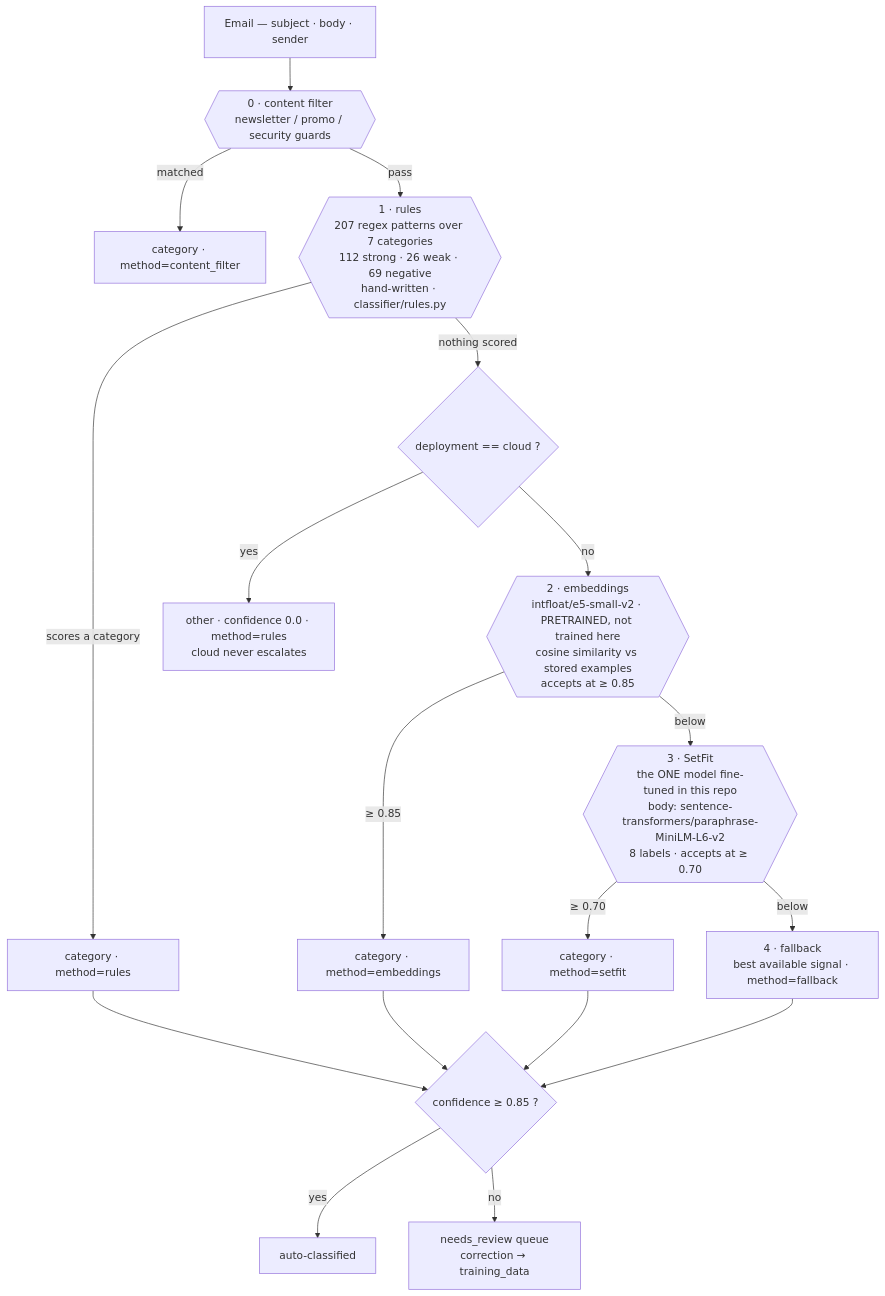
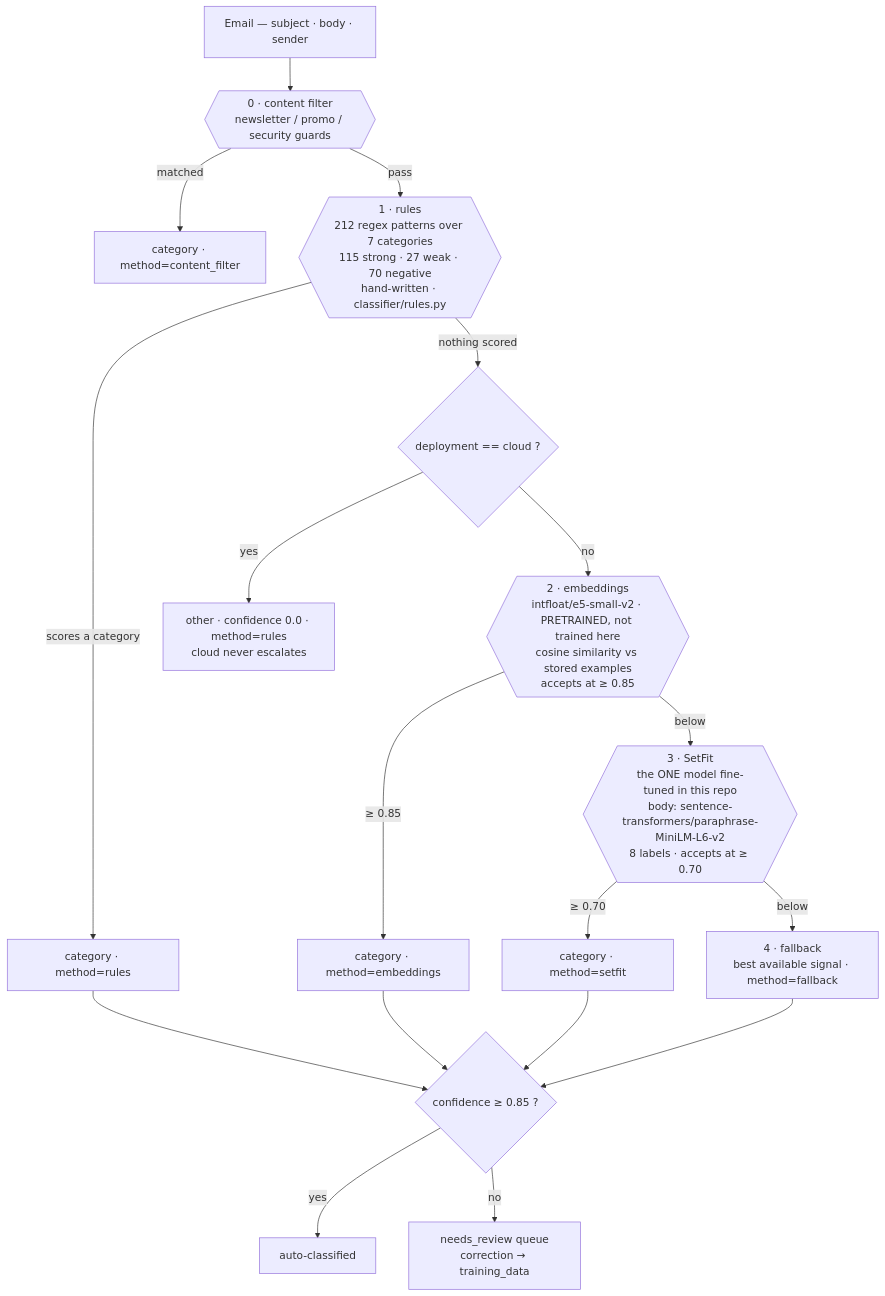
Before and after one commit to BARC1999/applied-ai: the first of 3 diagrams in README.md, drawn with Mermaid. The commit also changed other lines of this file and 9 other files, not shown here.

````diff
--- a/README.md
+++ b/README.md
@@ -72,32 +72,32 @@
 ```mermaid
 flowchart TB
     In["Email — subject · body · sender"] --> CF
 
     CF{{"0 · content filter<br/>newsletter / promo / security guards"}}
     CF -->|"matched"| Out1["category · method=content_filter"]
     CF -->|"pass"| R
 
-    R{{"1 · rules<br/>207 regex patterns over 7 categories<br/>112 strong · 26 weak · 69 negative<br/>hand-written · classifier/rules.py"}}
+    R{{"1 · rules<br/>212 regex patterns over 7 categories<br/>115 strong · 27 weak · 70 negative<br/>hand-written · classifier/rules.py"}}
     R -->|"scores a category"| Out2["category · method=rules"]
     R -->|"nothing scored"| CLOUD
 
     CLOUD{"deployment == cloud ?"}
     CLOUD -->|"yes"| Out3["other · confidence 0.0 · method=rules<br/>cloud never escalates"]
     CLOUD -->|"no"| E
 
     E{{"2 · embeddings<br/>intfloat/e5-small-v2 · PRETRAINED, not trained here<br/>cosine similarity vs stored examples<br/>accepts at ≥ 0.85"}}
     E -->|"≥ 0.85"| Out4["category · method=embeddings"]
     E -->|"below"| S
 
     S{{"3 · SetFit<br/>the ONE model fine-tuned in this repo<br/>body: sentence-transformers/paraphrase-MiniLM-L6-v2<br/>8 labels · accepts at ≥ 0.70"}}
     S -->|"≥ 0.70"| Out5["category · method=setfit"]
     S -->|"below"| F["4 · fallback<br/>best available signal · method=fallback"]
 
     Out2 --> G
     Out4 --> G
     Out5 --> G
     F --> G
     G{"confidence ≥ 0.85 ?"}
     G -->|"yes"| Auto["auto-classified"]
     G -->|"no"| Review["needs_review queue<br/>correction → training_data"]
 ```
````
